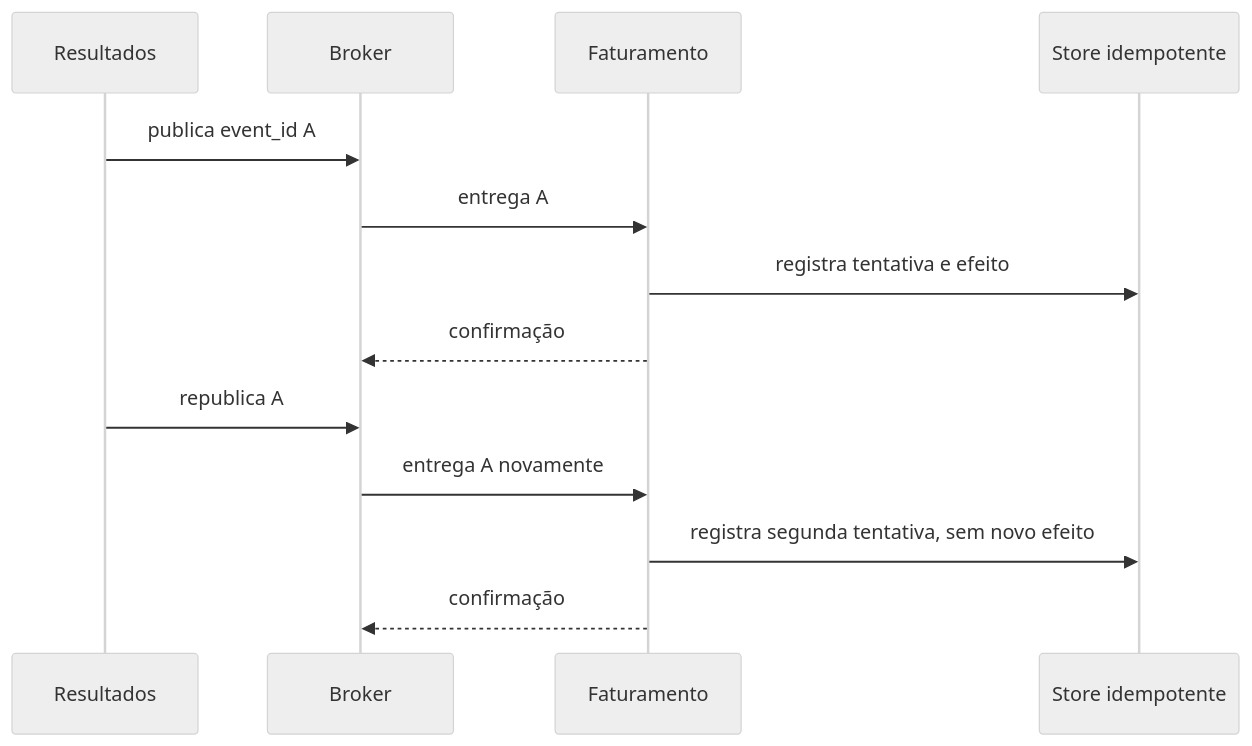
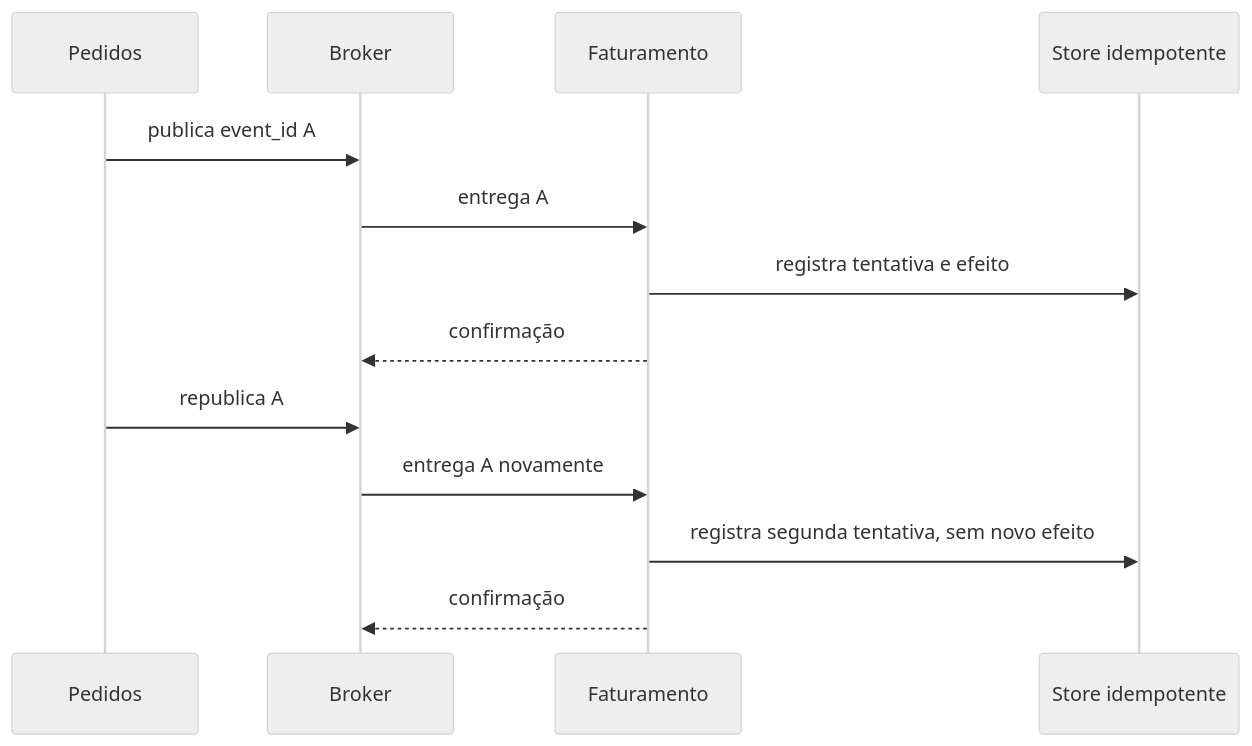
The diagram in docs/modulo-5-eventos/padroes-e-decisoes.md (marco-mendes/arquitetura-software), drawn with Mermaid (neutral theme) before and after one commit. The commit also changed other lines of this file and 6 other files, not shown here.

````diff
--- a/docs/modulo-5-eventos/padroes-e-decisoes.md
+++ b/docs/modulo-5-eventos/padroes-e-decisoes.md
@@ -31,15 +31,15 @@
 ```mermaid
 sequenceDiagram
-    participant R as Resultados
+    participant R as Pedidos
     participant B as Broker
     participant F as Faturamento
     participant S as Store idempotente
     R->>B: publica event_id A
     B->>F: entrega A
     F->>S: registra tentativa e efeito
     F-->>B: confirmação
     R->>B: republica A
     B->>F: entrega A novamente
     F->>S: registra segunda tentativa, sem novo efeito
     F-->>B: confirmação
 ```
````
